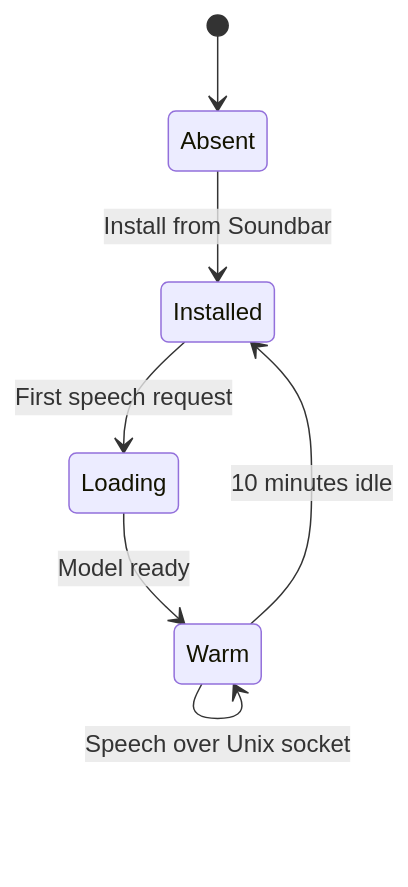
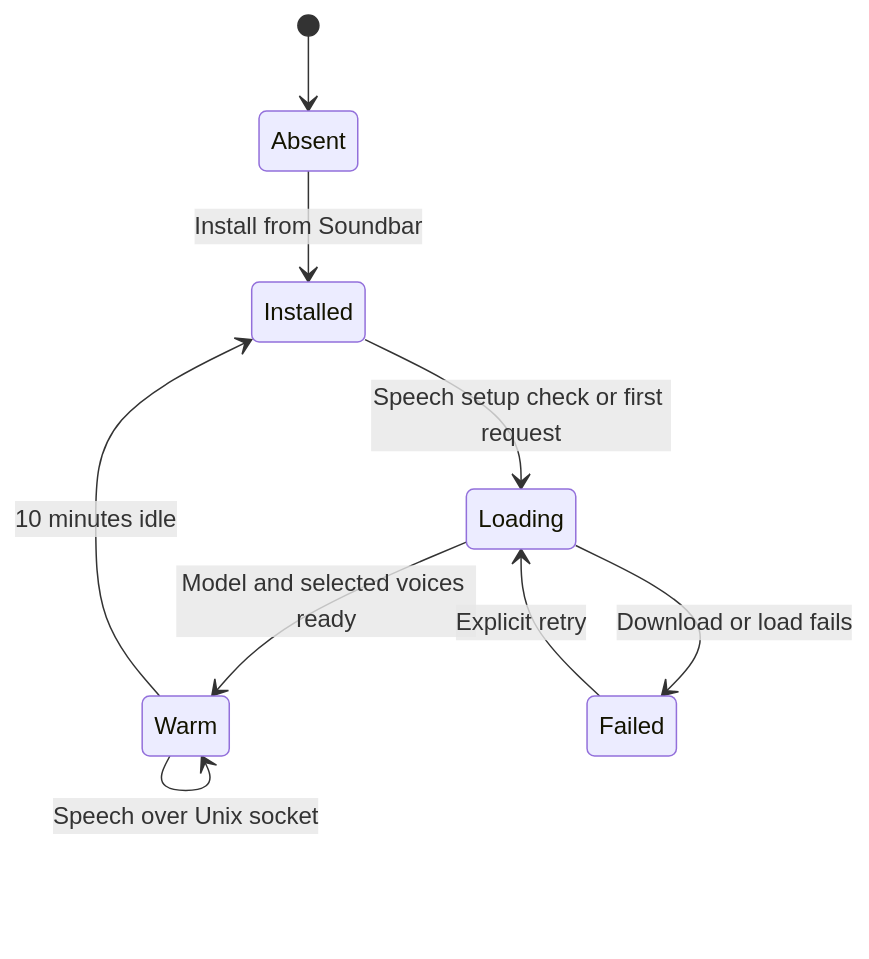
Before and after one commit to zorhay/code-gossip: the fourth of 7 diagrams in ARCHITECTURE.md, drawn with Mermaid. The commit also changed other lines of this file and 13 other files, not shown here.

````diff
--- a/ARCHITECTURE.md
+++ b/ARCHITECTURE.md
@@ -236,9 +236,11 @@
 ```mermaid
 stateDiagram-v2
     [*] --> Absent
     Absent --> Installed: Install from Soundbar
-    Installed --> Loading: First speech request
-    Loading --> Warm: Model ready
+    Installed --> Loading: Speech setup check or first request
+    Loading --> Warm: Model and selected voices ready
+    Loading --> Failed: Download or load fails
+    Failed --> Loading: Explicit retry
     Warm --> Warm: Speech over Unix socket
     Warm --> Installed: 10 minutes idle
 ```
````
